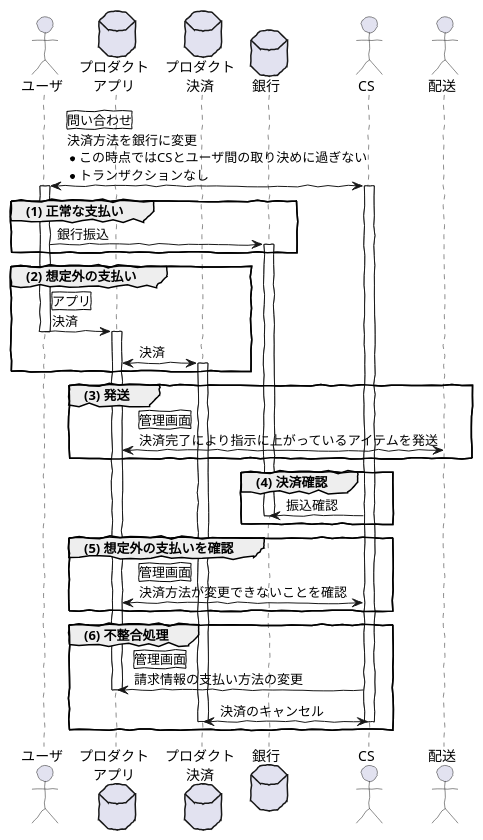
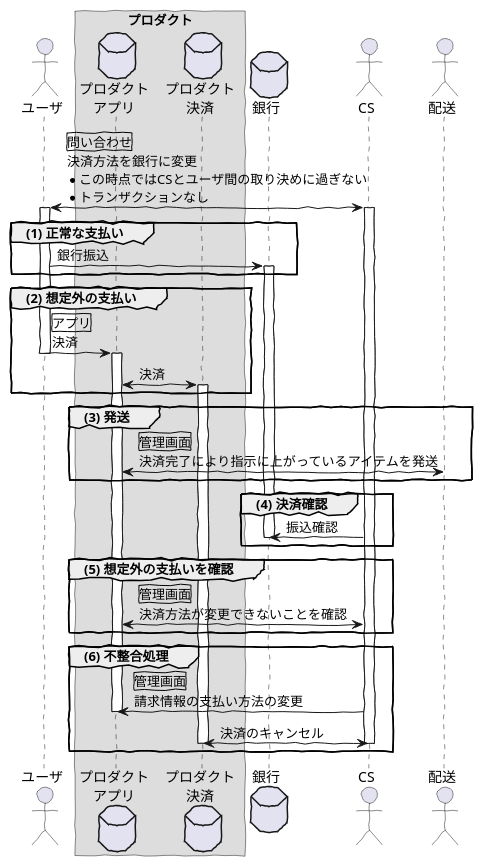
Before and after one commit to nabinno/nabinno.github.io: the second of 3 diagrams in _trigger/140.html.md, drawn with PlantUML. The commit also changed other lines of this file, not shown here.

Commit message:
[esa] Update post.

````diff
--- a/_trigger/140.html.md
+++ b/_trigger/140.html.md
@@ -63,49 +63,51 @@
 ```uml
 skinparam handwritten true
 
 actor ユーザ as U
-database "プロダクト\nアプリ" as D
-database "プロダクト\n決済" as N
+box プロダクト
+    database "プロダクト\nアプリ" as D
+    database "プロダクト\n決済" as N
+end box
 database 銀行 as B
 actor "CS" as C
 actor 配送 as L
 
 U <-> C: |問い合わせ|\n決済方法を銀行に変更\n* この時点ではCSとユーザ間の取り決めに過ぎない\n* トランザクションなし
 activate U
 activate C
 
 group (1) 正常な支払い
     U -> B: 銀行振込
     activate B
 end
 
 group (2) 想定外の支払い
     U -> D: |アプリ|\n決済
     deactivate U
     activate D
     D <-> N: 決済
     activate N
 end
 
 group (3) 発送
     L <-> D: |管理画面|\n決済完了により指示に上がっているアイテムを発送
 end
 
 group (4) 決済確認
     C -> B: 振込確認
     deactivate B
 end
 
 group (5) 想定外の支払いを確認    
     C <-> D: |管理画面|\n決済方法が変更できないことを確認
 end
 
 group (6) 不整合処理
     C -> D: |管理画面|\n請求情報の支払い方法の変更
     deactivate D
 
     C <-> N: 決済のキャンセル
     deactivate C
     deactivate N
 end
 ```
````
